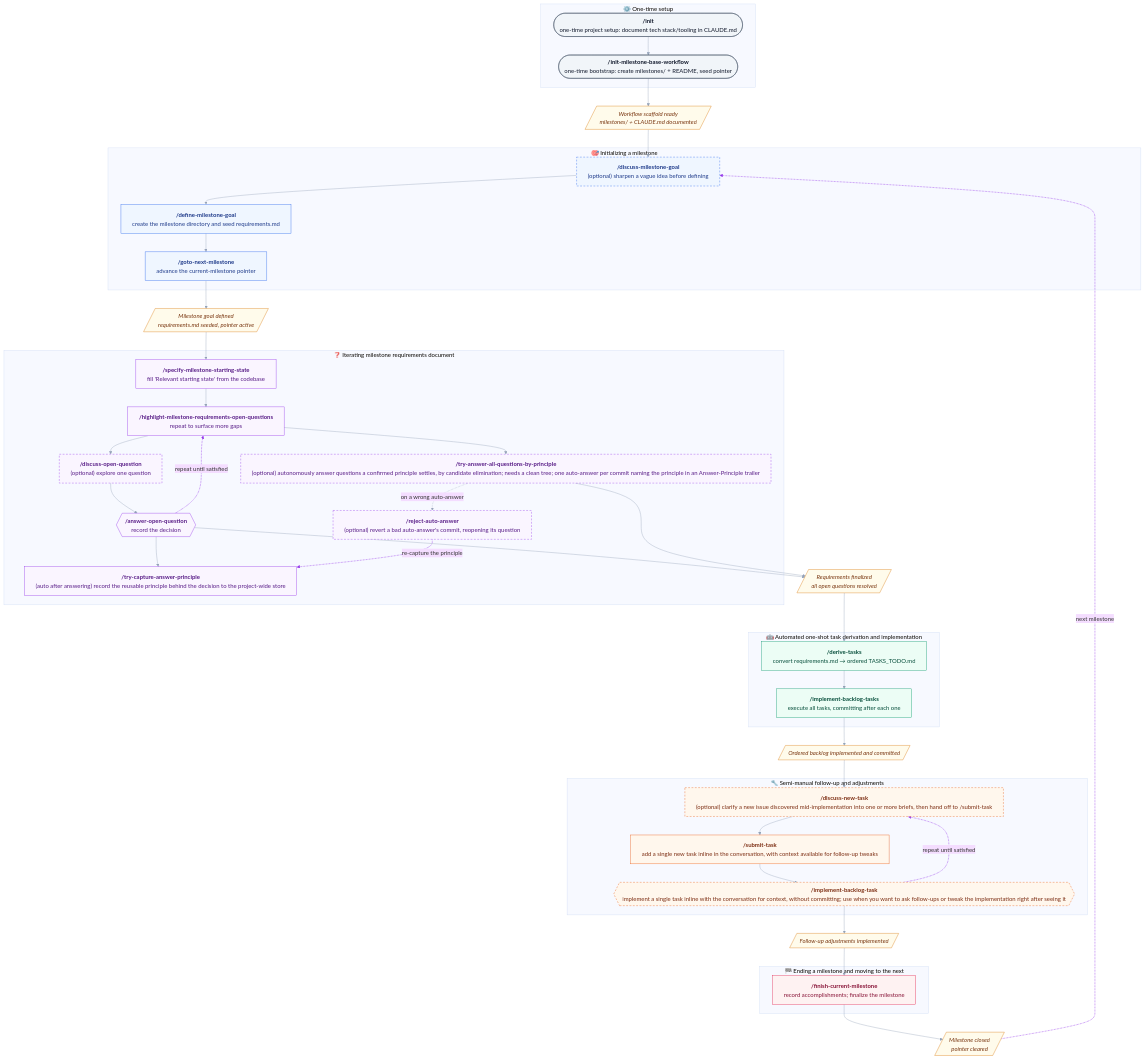
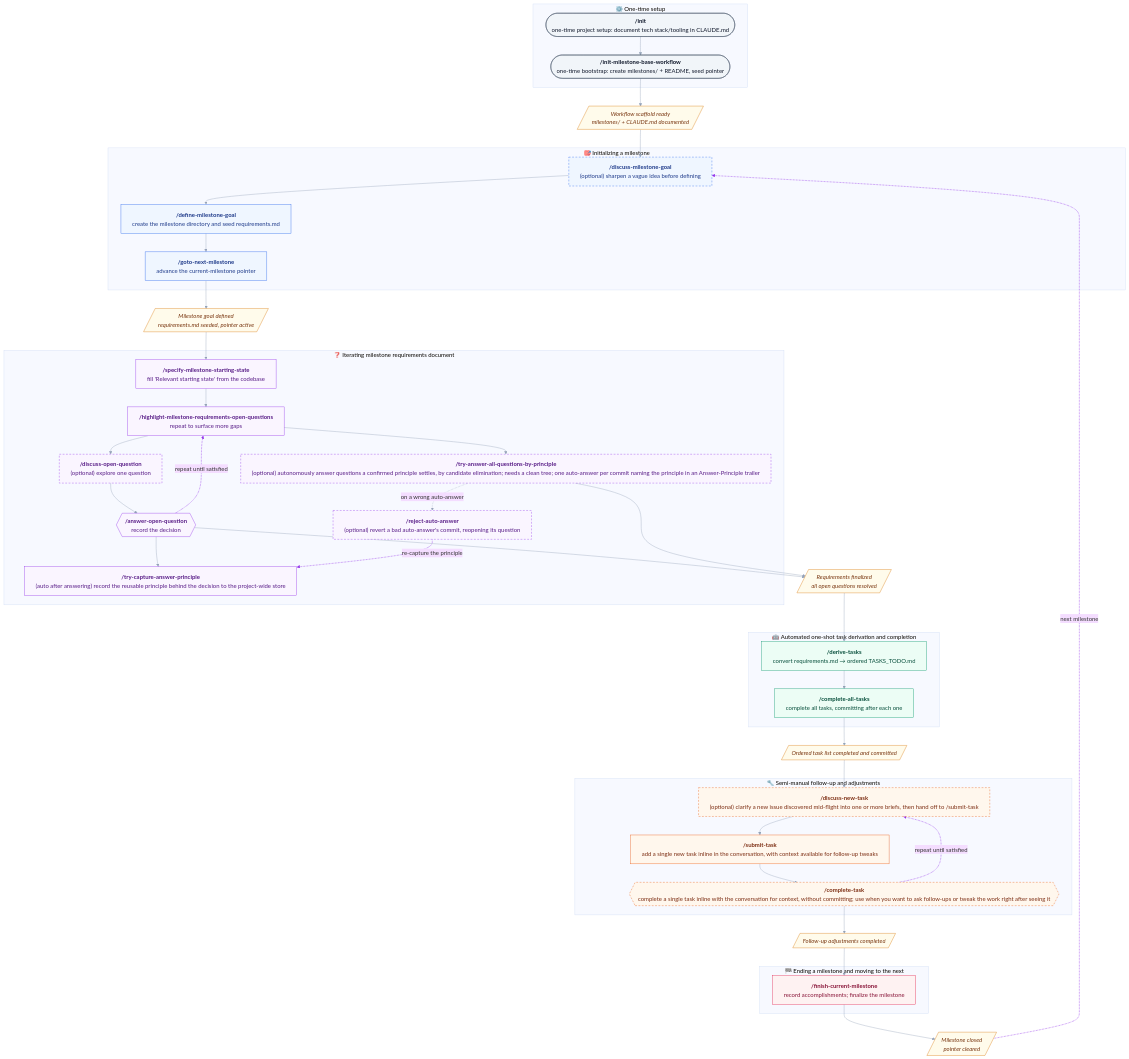
One commit to uHappyLogic/cairn changed the diagram in README.md. Above: the diagram before and after it, drawn with Mermaid. The commit also changed other lines of this file and 12 other files, not shown here.

Commit message:
Rename Task-Execution Machinery To Complete Vocabulary

```diff
--- a/README.md
+++ b/README.md
@@ -83,20 +83,20 @@
 
 D2[/"Requirements finalized<br/>all open questions resolved"/]
 
-subgraph S3["🤖 Automated one-shot task derivation and implementation"]
+subgraph S3["🤖 Automated one-shot task derivation and completion"]
     AI1["<b>/derive-tasks</b><br/>convert requirements.md → ordered TASKS_TODO.md"]
-    AI2["<b>/implement-backlog-tasks</b><br/>execute all tasks, committing after each one"]
+    AI2["<b>/complete-all-tasks</b><br/>complete all tasks, committing after each one"]
 end
 
-D3[/"Ordered backlog implemented and committed"/]
+D3[/"Ordered task list completed and committed"/]
 
 subgraph S4["🔧 Semi-manual follow-up and adjustments"]
-    SM1["<b>/discuss-new-task</b><br/>(optional) clarify a new issue discovered mid-implementation into one or more briefs, then hand off to /submit-task"]
+    SM1["<b>/discuss-new-task</b><br/>(optional) clarify a new issue discovered mid-flight into one or more briefs, then hand off to /submit-task"]
     SM2["<b>/submit-task</b><br/>add a single new task inline in the conversation, with context available for follow-up tweaks"]
-    SM3{{"<b>/implement-backlog-task</b><br/> implement a single task inline with the conversation for context, without committing; use when you want to ask follow-ups or tweak the implementation right after seeing it"}}
+    SM3{{"<b>/complete-task</b><br/> complete a single task inline with the conversation for context, without committing; use when you want to ask follow-ups or tweak the work right after seeing it"}}
 end
 
-D4[/"Follow-up adjustments implemented"/]
+D4[/"Follow-up adjustments completed"/]
 
 subgraph S5["🏁 Ending a milestone and moving to the next"]
     EM1["<b>/finish-current-milestone</b><br/>record accomplishments; finalize the milestone"]
```
